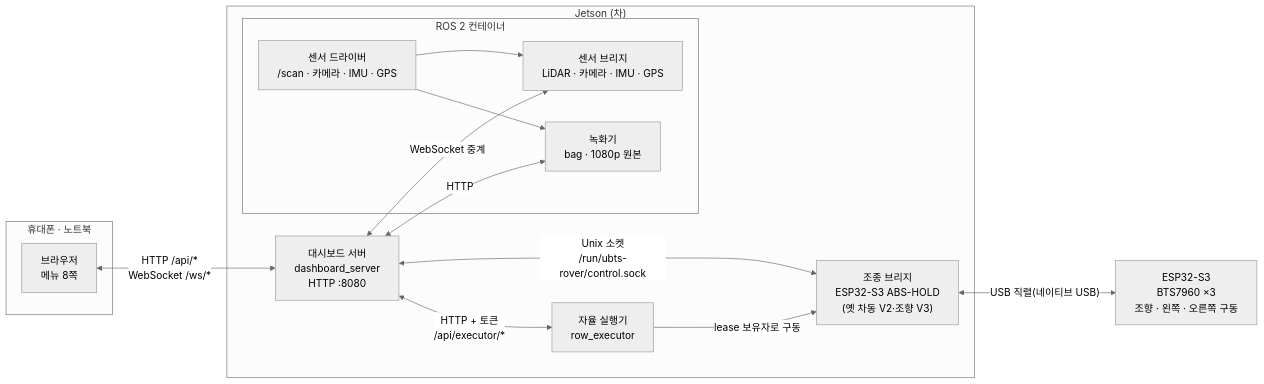
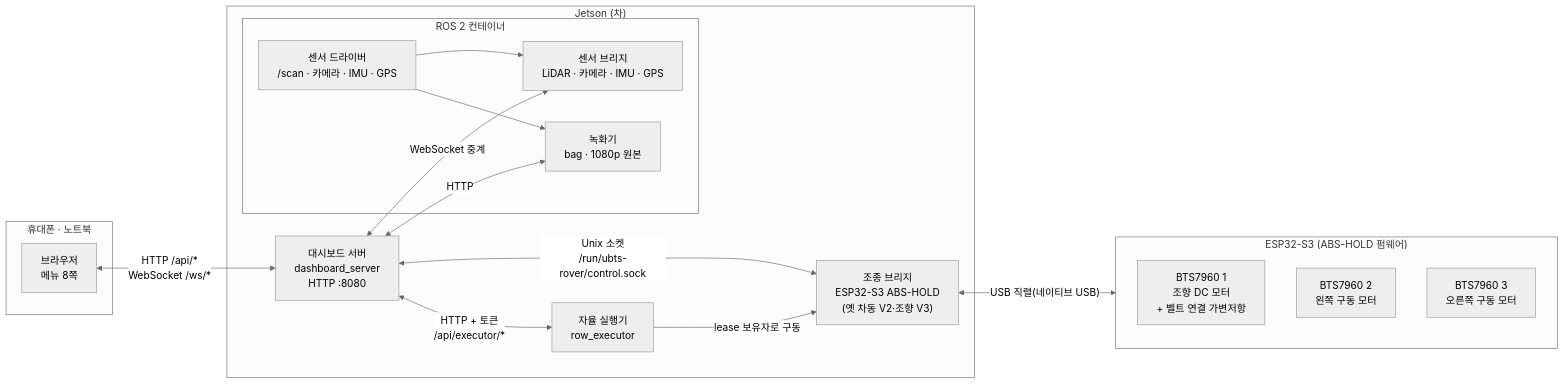
The diagram in README.md (2026-BTS-UNI-Car/unist_orachard_dashboard), drawn with Mermaid (neutral theme) before and after one commit. The commit also changed other lines of this file and 1 other file, not shown here.

First line of the commit message:
README: the Jetson install of 2026-11-16, ESP32-S3 with three drivers, new steering picture

````diff
--- a/README.md
+++ b/README.md
@@ -114,26 +121,30 @@
 ```mermaid
 flowchart LR
   subgraph PHONE["휴대폰 · 노트북"]
     B["브라우저<br/>메뉴 8쪽"]
   end
   subgraph JET["Jetson (차)"]
     D["대시보드 서버<br/>dashboard_server<br/>HTTP :8080"]
     subgraph ROS["ROS 2 컨테이너"]
       DRV["센서 드라이버<br/>/scan · 카메라 · IMU · GPS"]
       SB["센서 브리지<br/>LiDAR · 카메라 · IMU · GPS"]
       REC["녹화기<br/>bag · 1080p 원본"]
     end
     MB["조종 브리지<br/>ESP32-S3 ABS-HOLD<br/>(옛 차동 V2·조향 V3)"]
     EX["자율 실행기<br/>row_executor"]
   end
-  ESP["ESP32-S3<br/>BTS7960 ×3<br/>조향 · 왼쪽 · 오른쪽 구동"]
+  subgraph ESP["ESP32-S3 (ABS-HOLD 펌웨어)"]
+    M1["BTS7960 1<br/>조향 DC 모터<br/>+ 벨트 연결 가변저항"]
+    M2["BTS7960 2<br/>왼쪽 구동 모터"]
+    M3["BTS7960 3<br/>오른쪽 구동 모터"]
+  end
   B <-->|"HTTP /api/*<br/>WebSocket /ws/*"| D
   D <-->|"WebSocket 중계"| SB
   DRV --> SB
   DRV --> REC
   D <-->|"HTTP"| REC
   D <-->|"Unix 소켓<br/>/run/ubts-rover/control.sock"| MB
   D <-->|"HTTP + 토큰<br/>/api/executor/*"| EX
   EX -->|"lease 보유자로 구동"| MB
   MB <-->|"USB 직렬(네이티브 USB)"| ESP
 ```
````
